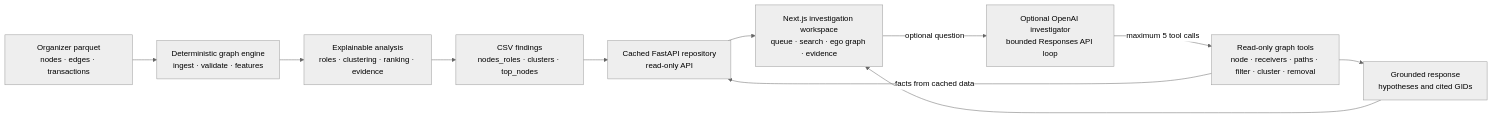
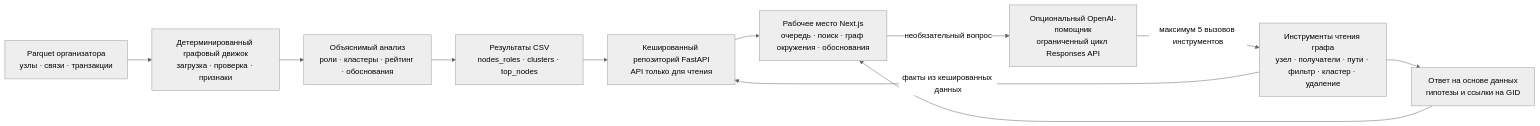
Before and after one commit to BAITC-Hacks/hack-ad15b73e-genov8: the diagram in docs/architecture.md, drawn with Mermaid (neutral theme). The commit also changed other lines of this file and 8 other files, not shown here.

Commit message:
docs: translate architecture and localization guides into three languages

````diff
--- a/docs/architecture.md
+++ b/docs/architecture.md
@@ -5,18 +7,18 @@
 ```mermaid
 flowchart LR
-    P[Organizer parquet<br/>nodes · edges · transactions]
-    D[Deterministic graph engine<br/>ingest · validate · features]
-    A[Explainable analysis<br/>roles · clustering · ranking · evidence]
-    C[CSV findings<br/>nodes_roles · clusters · top_nodes]
-    R[Cached FastAPI repository<br/>read-only API]
-    U[Next.js investigation workspace<br/>queue · search · ego graph · evidence]
-    I[Optional OpenAI investigator<br/>bounded Responses API loop]
-    T[Read-only graph tools<br/>node · receivers · paths · filter · cluster · removal]
-    G[Grounded response<br/>hypotheses and cited GIDs]
+    P[Parquet организатора<br/>узлы · связи · транзакции]
+    D[Детерминированный графовый движок<br/>загрузка · проверка · признаки]
+    A[Объяснимый анализ<br/>роли · кластеры · рейтинг · обоснования]
+    C[Результаты CSV<br/>nodes_roles · clusters · top_nodes]
+    R[Кешированный репозиторий FastAPI<br/>API только для чтения]
+    U[Рабочее место Next.js<br/>очередь · поиск · граф окружения · обоснования]
+    I[Опциональный OpenAI-помощник<br/>ограниченный цикл Responses API]
+    T[Инструменты чтения графа<br/>узел · получатели · пути · фильтр · кластер · удаление]
+    G[Ответ на основе данных<br/>гипотезы и ссылки на GID]
 
     P --> D --> A --> C --> R --> U
-    U -->|optional question| I
-    I -->|maximum 5 tool calls| T
-    T -->|facts from cached data| R
+    U -->|необязательный вопрос| I
+    I -->|максимум 5 вызовов инструментов| T
+    T -->|факты из кешированных данных| R
     T --> G --> U
 ```
````
